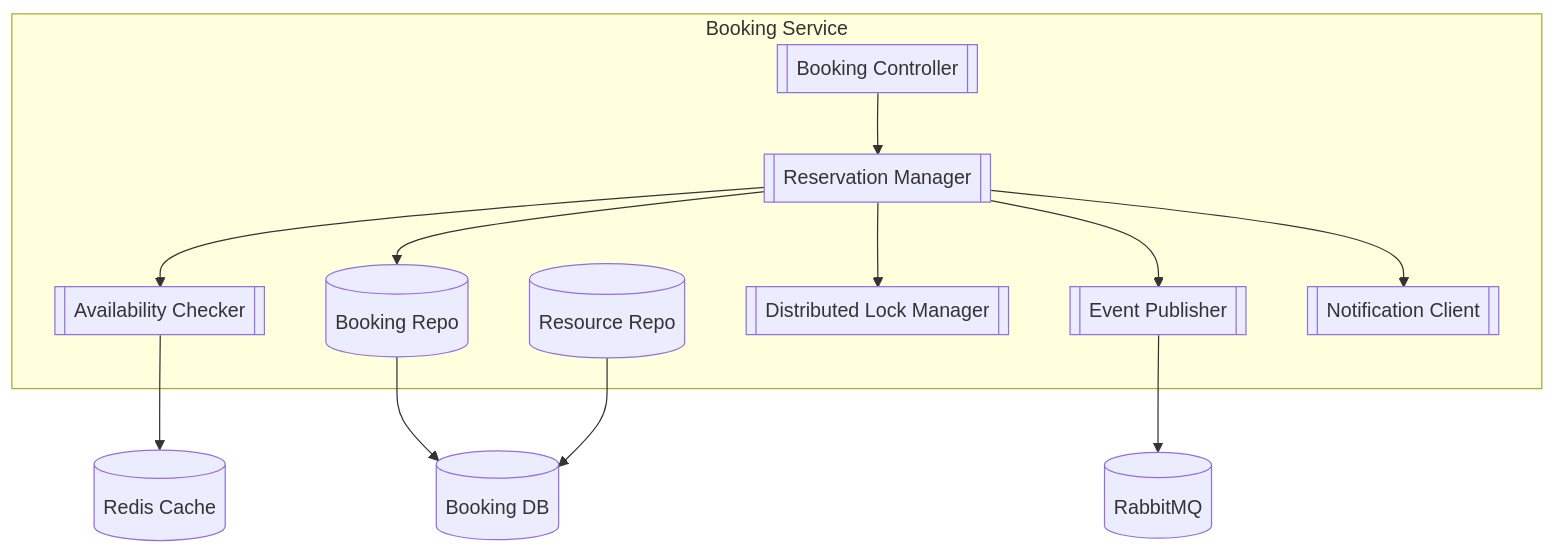
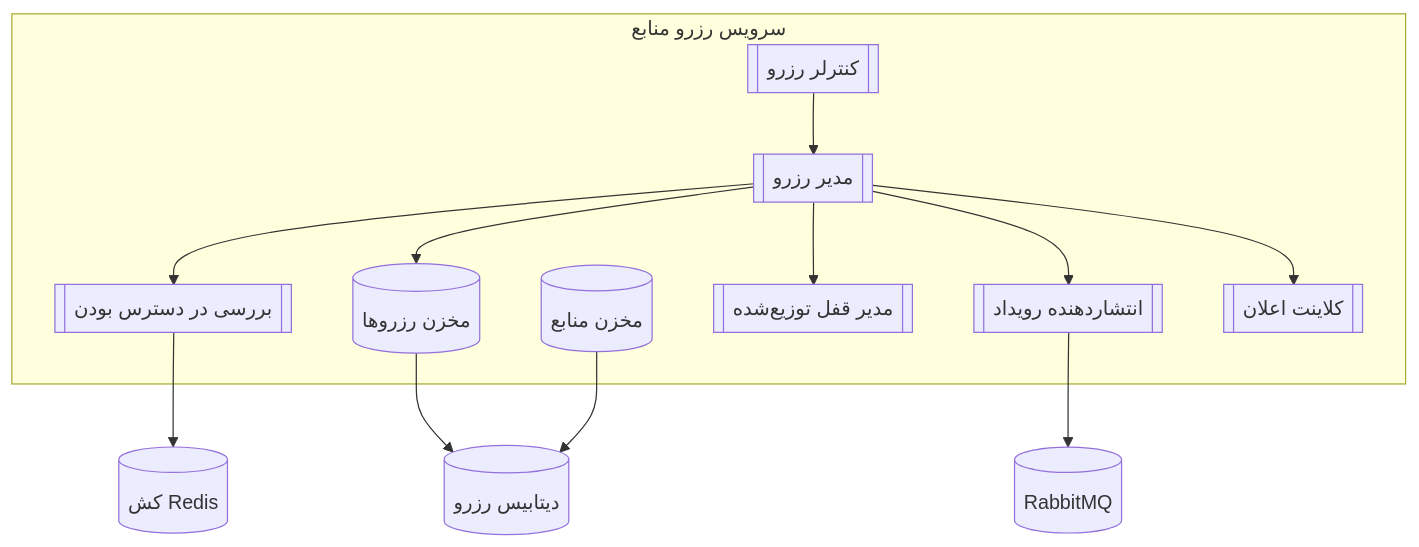
One commit to Amir-Goli-1383/test changed the fifth of 8 diagrams in README.md. Above: the diagram before and after it, drawn with Mermaid. The commit also changed other lines of this file, not shown here.

````diff
--- a/README.md
+++ b/README.md
@@ -208,28 +169,22 @@
 ```mermaid
 flowchart TB
-    subgraph BookingService ["Booking Service"]
-        BookingController[[Booking Controller]]
-        ReservationManager[[Reservation Manager]]
-        AvailabilityChecker[[Availability Checker]]
-        BookingRepo[(Booking Repo)]
-        ResourceRepo[(Resource Repo)]
-        LockManager[[Distributed Lock Manager]]
-        EventPublisher[[Event Publisher]]
-        NotificationClient[[Notification Client]]
+    subgraph BookingService ["سرویس رزرو منابع"]
+        BookingController[[کنترلر رزرو]]
+        ReservationManager[[مدیر رزرو]]
+        AvailabilityChecker[[بررسی در دسترس بودن]]
+        BookingRepo[(مخزن رزروها)]
+        ResourceRepo[(مخزن منابع)]
+        LockManager[[مدیر قفل توزیع‌شده]]
+        EventPublisher[[انتشاردهنده رویداد]]
+        NotificationClient[[کلاینت اعلان]]
     end
-
-    Cache[(Redis Cache)]
-    BookingDB[(Booking DB)]
+    Cache[(کش Redis)]
+    BookingDB[(دیتابیس رزرو)]
     MessageBroker[(RabbitMQ)]
 
     BookingController --> ReservationManager
-    ReservationManager --> AvailabilityChecker
-    ReservationManager --> LockManager
-    ReservationManager --> BookingRepo
-    ReservationManager --> EventPublisher
-    ReservationManager --> NotificationClient
+    ReservationManager --> AvailabilityChecker & LockManager & BookingRepo & EventPublisher & NotificationClient
     AvailabilityChecker --> Cache
-    BookingRepo --> BookingDB
-    ResourceRepo --> BookingDB
+    BookingRepo & ResourceRepo --> BookingDB
     EventPublisher --> MessageBroker
 ```
````
